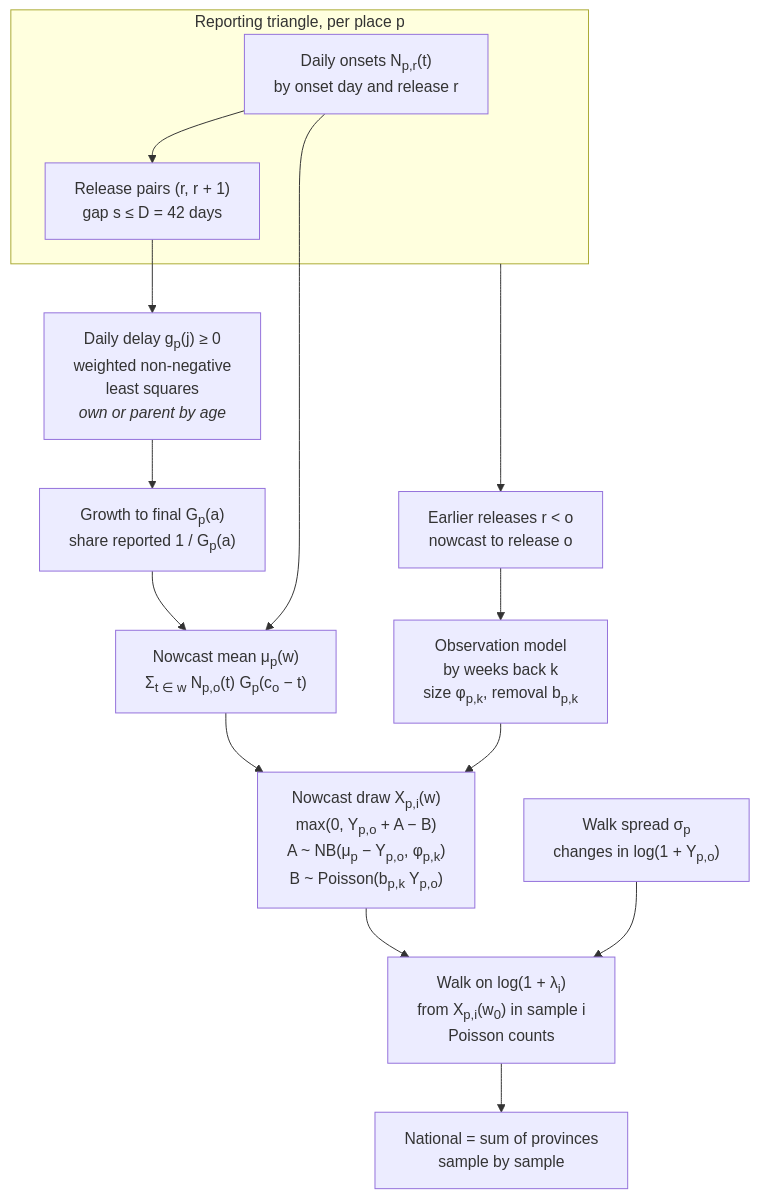
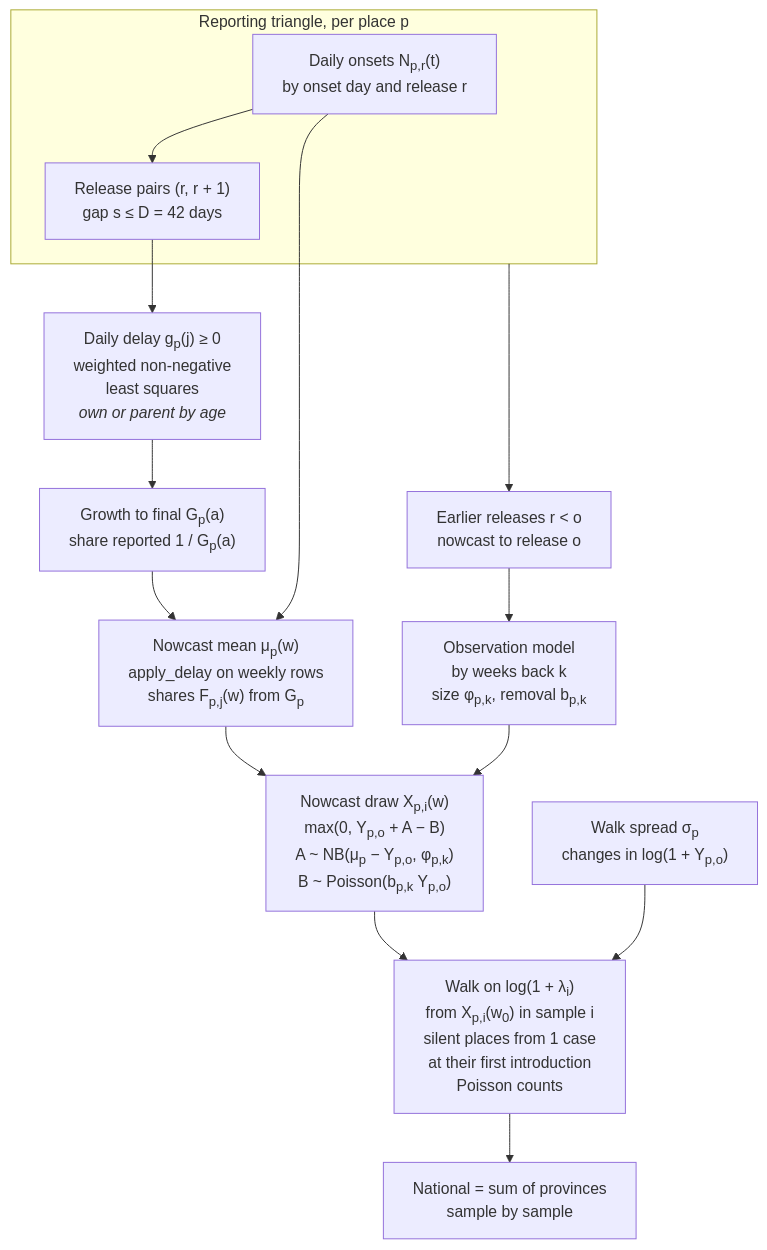
The first of 2 diagrams in docs/methods/baselines.md (seabbs/BDBVHubRenewal), drawn with Mermaid before and after one commit. The commit also changed other lines of this file and 4 other files, not shown here.

First line of the commit message:
Nowcast hub weeks with apply_delay and walk silent places from introductions

````diff
--- a/docs/methods/baselines.md
+++ b/docs/methods/baselines.md
@@ -16,29 +16,29 @@
 ```mermaid
 flowchart TD
     subgraph TRI["Reporting triangle, per place p"]
         SNAP["Daily onsets N<sub>p,r</sub>(t)<br/>by onset day and release r"]
         PAIR["Release pairs (r, r + 1)<br/>gap s ≤ D = 42 days"]
     end
     DEL["Daily delay g<sub>p</sub>(j) ≥ 0<br/>weighted non-negative<br/>least squares<br/><i>own or parent by age</i>"]
     G["Growth to final G<sub>p</sub>(a)<br/>share reported 1 / G<sub>p</sub>(a)"]
-    MU["Nowcast mean μ<sub>p</sub>(w)<br/>Σ<sub>t ∈ w</sub> N<sub>p,o</sub>(t) G<sub>p</sub>(c<sub>o</sub> − t)"]
+    MU["Nowcast mean μ<sub>p</sub>(w)<br/>apply_delay on weekly rows<br/>shares F<sub>p,j</sub>(w) from G<sub>p</sub>"]
     RETRO["Earlier releases r &lt; o<br/>nowcast to release o"]
     OBS["Observation model<br/>by weeks back k<br/>size φ<sub>p,k</sub>, removal b<sub>p,k</sub>"]
     X["Nowcast draw X<sub>p,i</sub>(w)<br/>max(0, Y<sub>p,o</sub> + A − B)<br/>A ~ NB(μ<sub>p</sub> − Y<sub>p,o</sub>, φ<sub>p,k</sub>)<br/>B ~ Poisson(b<sub>p,k</sub> Y<sub>p,o</sub>)"]
     SIG["Walk spread σ<sub>p</sub><br/>changes in log(1 + Y<sub>p,o</sub>)"]
-    W["Walk on log(1 + λ<sub>i</sub>)<br/>from X<sub>p,i</sub>(w<sub>0</sub>) in sample i<br/>Poisson counts"]
+    W["Walk on log(1 + λ<sub>i</sub>)<br/>from X<sub>p,i</sub>(w<sub>0</sub>) in sample i<br/>silent places from 1 case<br/>at their first introduction<br/>Poisson counts"]
     NAT["National = sum of provinces<br/>sample by sample"]
 
     SNAP --> PAIR
     PAIR --> DEL
     DEL --> G
     G --> MU
     SNAP --> MU
     TRI --> RETRO
     RETRO --> OBS
     MU --> X
     OBS --> X
     X --> W
     SIG --> W
     W --> NAT
 ```
````
